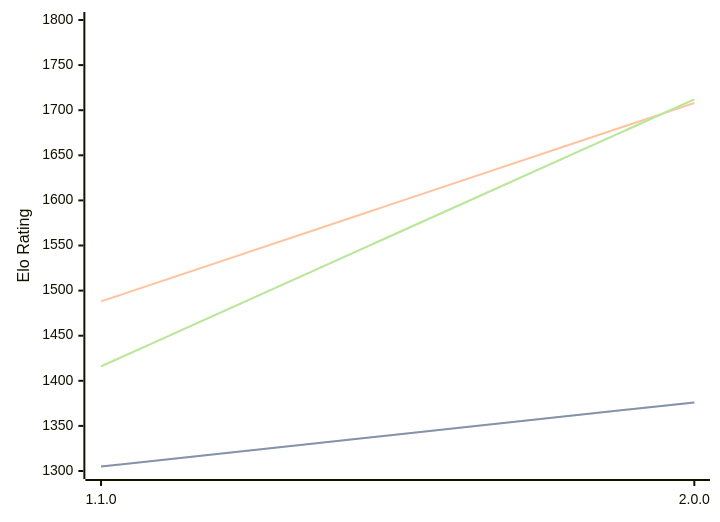
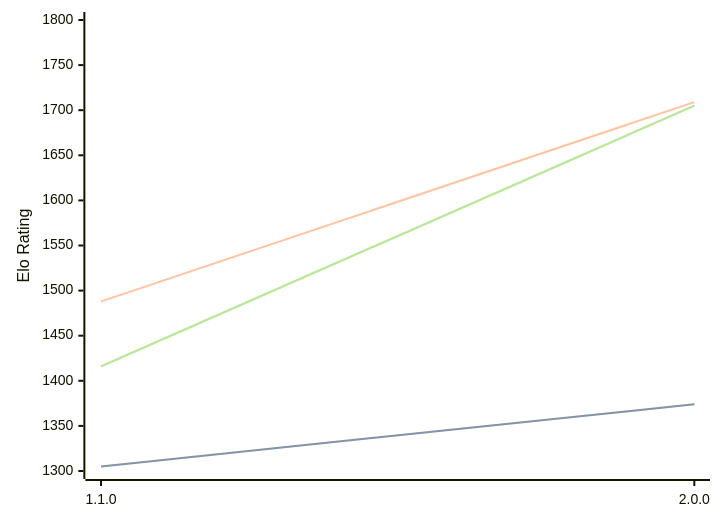
Before and after one commit to computer-chess-index/cci: the diagram in engines/Laura.md, drawn with Mermaid. The commit also changed other lines of this file, not shown here.

Commit message:
Update CCI Ratings (ELO VLTC) - 2026-04-29

````diff
--- a/engines/Laura.md
+++ b/engines/Laura.md
@@ -33,11 +33,11 @@
 ```mermaid
 %%{init: {"theme":"base","themeVariables":{"seriesColors:['#a3a3a3','#222221','#faa371']}}}%%
 xychart-beta
   x-axis ["1.1.0", "2.0.0"]
   y-axis "Elo Rating" 1300 --> 1800
-  line "STC (8.0+0.08s)" [1305, 1376]
-  line "STC (8.0+0.08s)" [1305, 1376]
-  line "LTC (60.0+0.60s)" [1488, 1708]
-  line "VLTC (2m24s+1.12s)" [1416, 1712]
-  line "VLTC (2m24s+1.12s)" [1416, 1712]
+  line "STC (8.0+0.08s)" [1305, 1374]
+  line "STC (8.0+0.08s)" [1305, 1374]
+  line "LTC (60.0+0.60s)" [1488, 1709]
+  line "VLTC (2m24s+1.12s)" [1416, 1705]
+  line "VLTC (2m24s+1.12s)" [1416, 1705]
 ```
````
